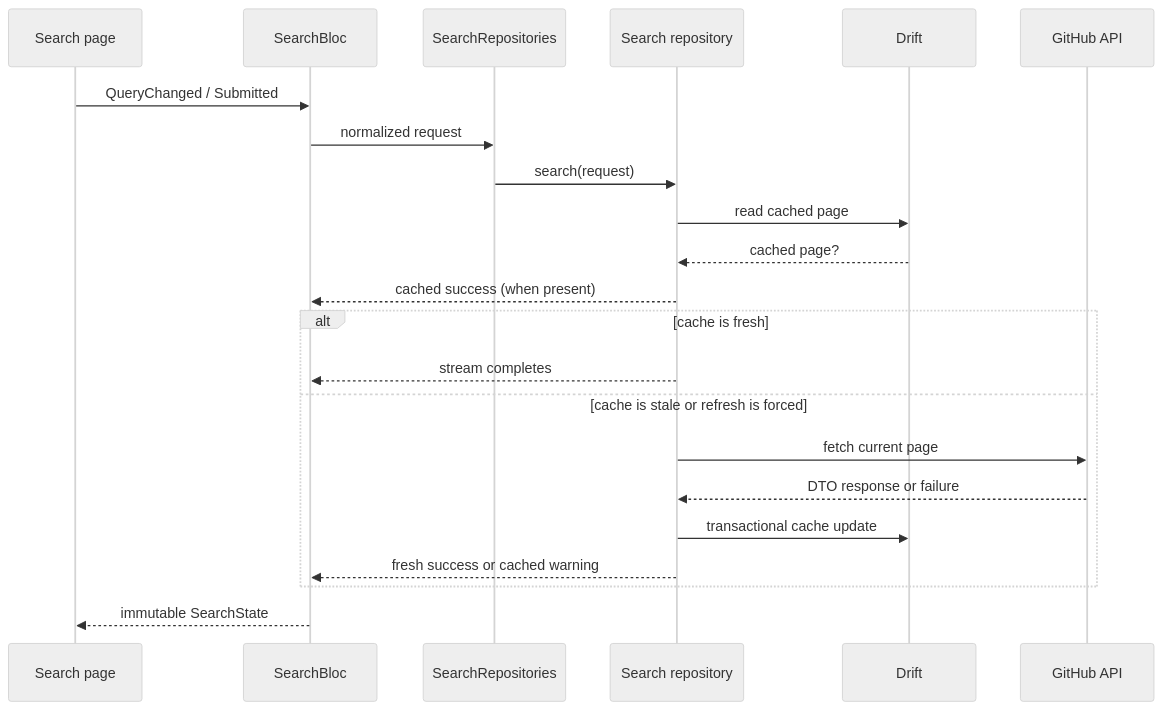
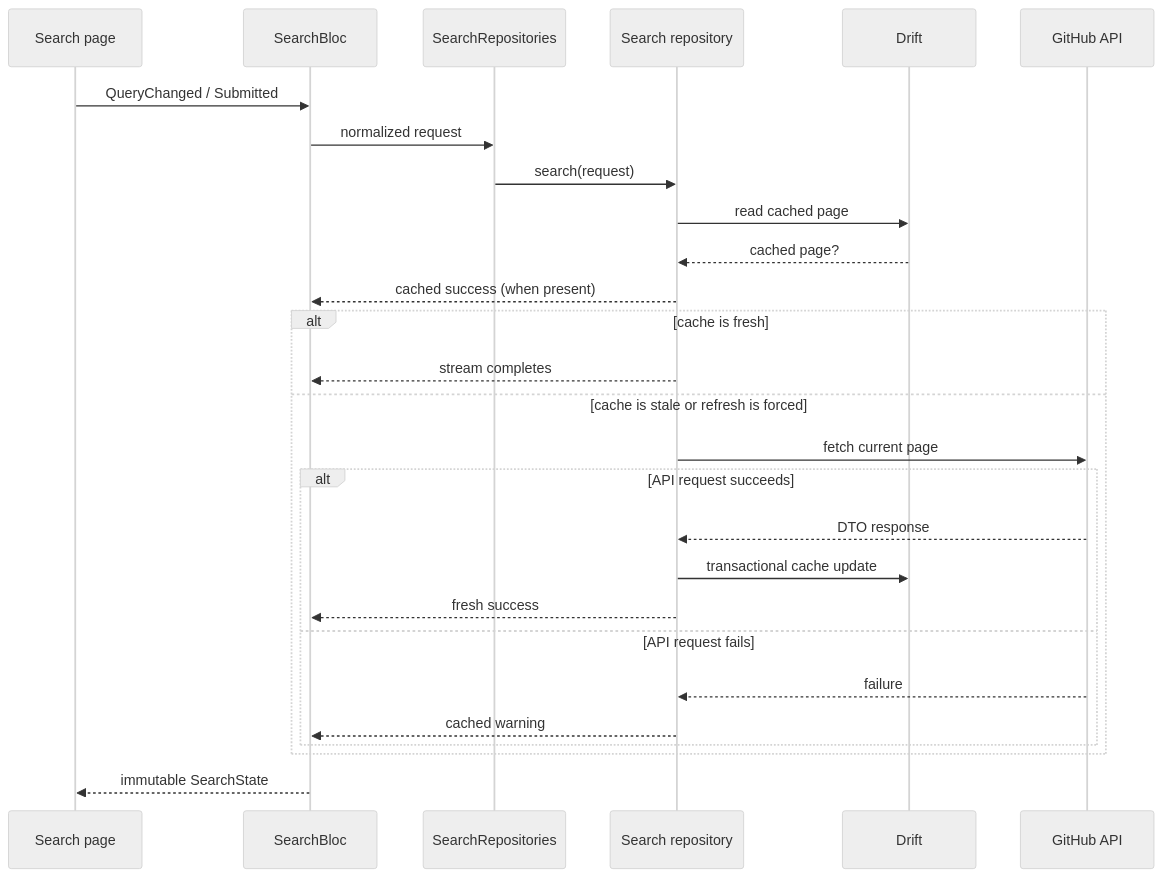
One commit to Xardas365/github_repository_explorer changed the diagram in docs/ARCHITECTURE.md. Above: the diagram before and after it, drawn with Mermaid (neutral theme). The commit also changed other lines of this file and 5 other files, not shown here.

First line of the commit message:
fix: align architecture boundaries and documentation (#8)

````diff
--- a/docs/ARCHITECTURE.md
+++ b/docs/ARCHITECTURE.md
@@ -29,24 +29,29 @@
 ```mermaid
 sequenceDiagram
   participant UI as Search page
   participant B as SearchBloc
   participant U as SearchRepositories
   participant R as Search repository
   participant D as Drift
   participant G as GitHub API
   UI->>B: QueryChanged / Submitted
   B->>U: normalized request
   U->>R: search(request)
   R->>D: read cached page
   D-->>R: cached page?
   R-->>B: cached success (when present)
   alt cache is fresh
     R-->>B: stream completes
   else cache is stale or refresh is forced
     R->>G: fetch current page
-    G-->>R: DTO response or failure
-    R->>D: transactional cache update
-    R-->>B: fresh success or cached warning
+    alt API request succeeds
+      G-->>R: DTO response
+      R->>D: transactional cache update
+      R-->>B: fresh success
+    else API request fails
+      G-->>R: failure
+      R-->>B: cached warning
+    end
   end
   B-->>UI: immutable SearchState
 ```
````
